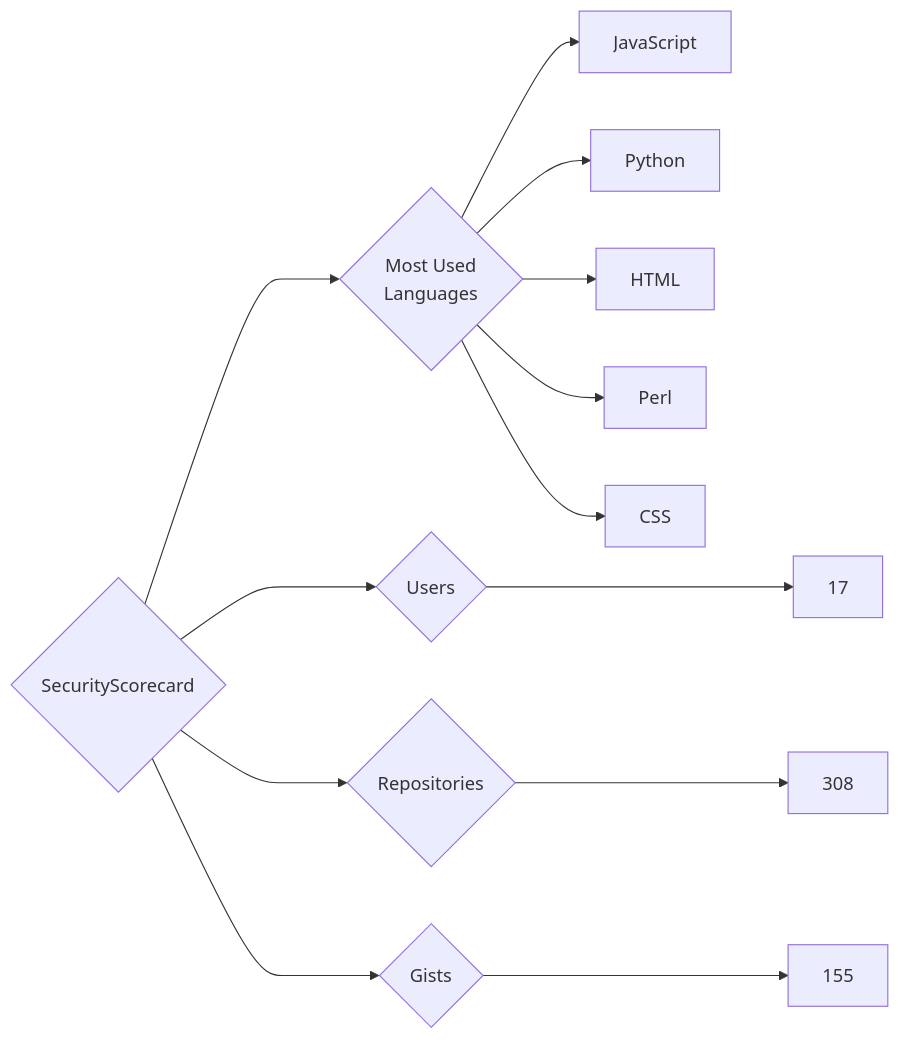
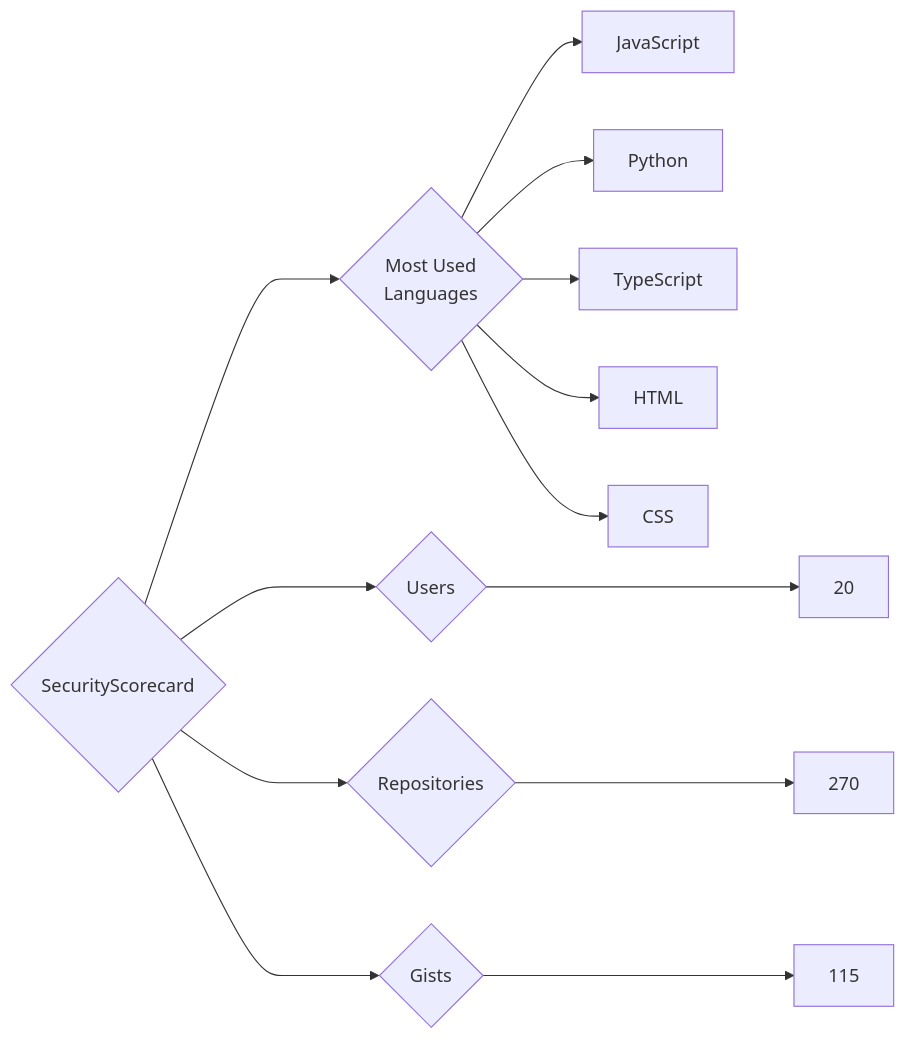
Before and after one commit to trickest/insiders: the diagram in targets/SecurityScorecard/README.md, drawn with Mermaid. The commit also changed 976 other files, not shown here.

````diff
--- a/targets/SecurityScorecard/README.md
+++ b/targets/SecurityScorecard/README.md
@@ -3,13 +3,13 @@
 ```mermaid
 graph LR
 COMPANY_NAME{SecurityScorecard}
-COMPANY_NAME ---> U{Users} ---> UN[17]
-COMPANY_NAME ---> R{Repositories} ---> RN[308]
-COMPANY_NAME ---> G{Gists} ---> GN[155]
+COMPANY_NAME ---> U{Users} ---> UN[20]
+COMPANY_NAME ---> R{Repositories} ---> RN[270]
+COMPANY_NAME ---> G{Gists} ---> GN[115]
 COMPANY_NAME ---> ML{Most Used<br>Languages}
 ML --> JavaScript[JavaScript]
 ML --> Python[Python]
+ML --> TypeScript[TypeScript]
 ML --> HTML[HTML]
-ML --> Perl[Perl]
 ML --> CSS[CSS]
 ```
````
